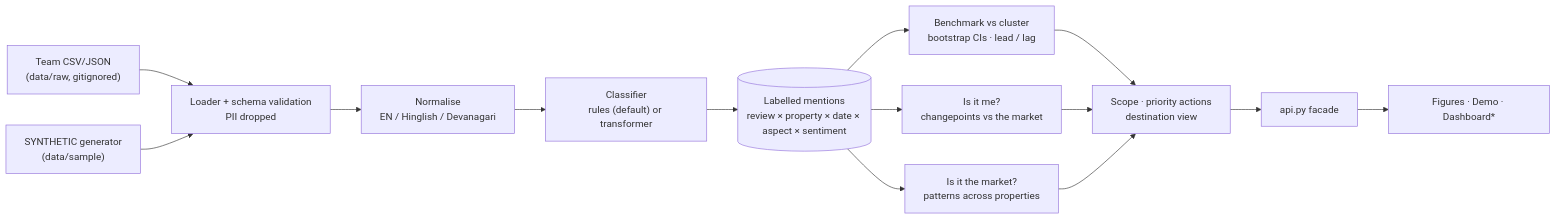
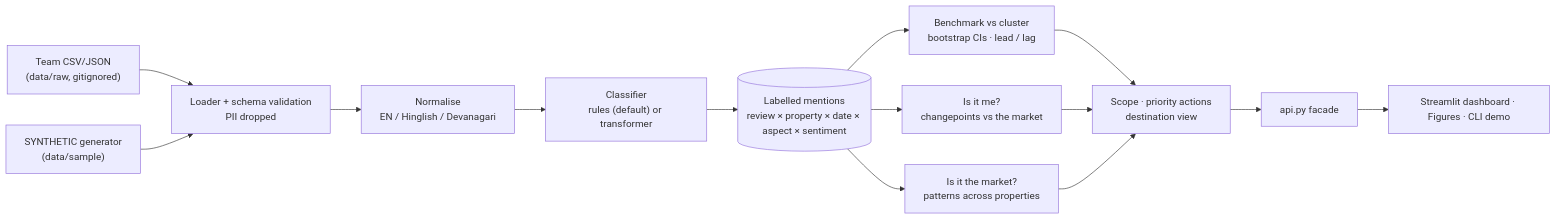
One commit to AnubhavKiroula/cluster-review-intelligence changed the first of 3 diagrams in README.md. Above: the diagram before and after it, drawn with Mermaid. The commit also changed other lines of this file and 5 other files, not shown here.

````diff
--- a/README.md
+++ b/README.md
@@ -66,16 +69,16 @@
 ```mermaid
 flowchart LR
     RAW["Team CSV/JSON<br/>(data/raw, gitignored)"] --> LD
     SYN["SYNTHETIC generator<br/>(data/sample)"] --> LD
     LD["Loader + schema validation<br/>PII dropped"] --> NR["Normalise<br/>EN / Hinglish / Devanagari"]
     NR --> CL["Classifier<br/>rules (default) or transformer"]
     CL --> LAB[("Labelled mentions<br/>review × property × date × aspect × sentiment")]
     LAB --> BM["Benchmark vs cluster<br/>bootstrap CIs · lead / lag"]
     LAB --> ME["Is it me?<br/>changepoints vs the market"]
     LAB --> MK["Is it the market?<br/>patterns across properties"]
     BM --> IN["Scope · priority actions<br/>destination view"]
     ME --> IN
     MK --> IN
     IN --> API["api.py facade"]
-    API --> OUT["Figures · Demo · Dashboard*"]
+    API --> OUT["Streamlit dashboard · Figures · CLI demo"]
 ```
````
